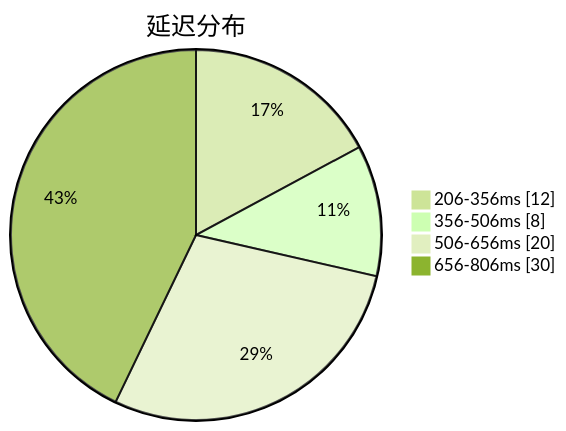
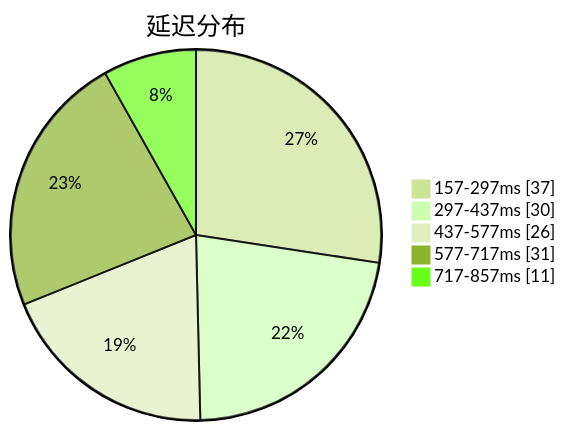
One commit to qjlxg/airport changed the first of 3 diagrams in subs/statistics/tested_within.md. Above: the diagram before and after it, drawn with Mermaid (forest theme). The commit also changed other lines of this file and 2 other files, not shown here.

````diff
--- a/subs/statistics/tested_within.md
+++ b/subs/statistics/tested_within.md
@@ -2,8 +2,9 @@
 ```mermaid
 pie showData
 title 延迟分布
-"206-356ms" : 12
-"356-506ms" : 8
-"506-656ms" : 20
-"656-806ms" : 30
+"157-297ms" : 37
+"297-437ms" : 30
+"437-577ms" : 26
+"577-717ms" : 31
+"717-857ms" : 11
 ```
````
